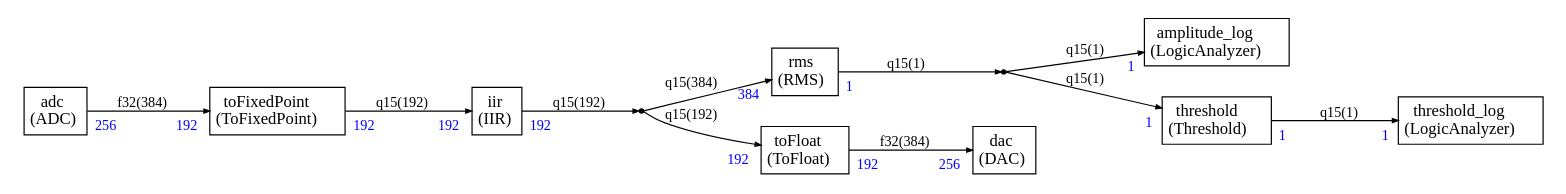
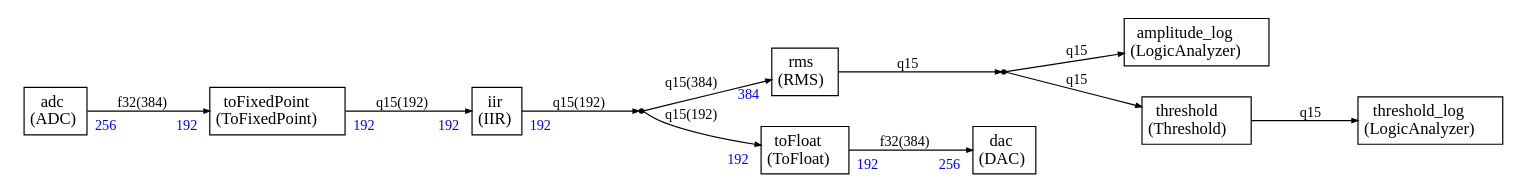
The diagram in ComputeGraph/Pictures/graph_with_higher_latency.dot (Arm-Examples/CMSIS-Stream-PoC), drawn with Graphviz before and after one commit. The commit also changed 9 other files, not shown here.

```diff
--- a/ComputeGraph/Pictures/graph_with_higher_latency.dot
+++ b/ComputeGraph/Pictures/graph_with_higher_latency.dot
@@ -1,142 +1,137 @@
 
 
 
 
 digraph structs {
     bgcolor = "white"
     node [shape=plaintext,color="black",fontcolor="black",fontname="Times-Roman"]
     rankdir=LR
     edge [arrowsize="0.5",color="black",fontcolor="black",fontname="Times-Roman"]
 
 
 adc [label=<
 <TABLE color="black" bgcolor="none" BORDER="0" CELLBORDER="1" CELLSPACING="0" CELLPADDING="4">
   <TR>
     <TD ALIGN="CENTER" PORT="i"><FONT COLOR="black" POINT-SIZE="14.0">adc<BR/>(ADC)</FONT></TD>
   </TR>
 </TABLE>>];
 
 amplitude_log [label=<
 <TABLE color="black" bgcolor="none" BORDER="0" CELLBORDER="1" CELLSPACING="0" CELLPADDING="4">
   <TR>
     <TD ALIGN="CENTER" PORT="i"><FONT COLOR="black" POINT-SIZE="14.0">amplitude_log<BR/>(LogicAnalyzer)</FONT></TD>
   </TR>
 </TABLE>>];
 
 dac [label=<
 <TABLE color="black" bgcolor="none" BORDER="0" CELLBORDER="1" CELLSPACING="0" CELLPADDING="4">
   <TR>
     <TD ALIGN="CENTER" PORT="i"><FONT COLOR="black" POINT-SIZE="14.0">dac<BR/>(DAC)</FONT></TD>
   </TR>
 </TABLE>>];
 
 dup0 [shape=point,label="dup0"]
 
 dup1 [shape=point,label="dup1"]
 
 iir [label=<
 <TABLE color="black" bgcolor="none" BORDER="0" CELLBORDER="1" CELLSPACING="0" CELLPADDING="4">
   <TR>
     <TD ALIGN="CENTER" PORT="i"><FONT COLOR="black" POINT-SIZE="14.0">iir<BR/>(IIR)</FONT></TD>
   </TR>
 </TABLE>>];
 
 rms [label=<
 <TABLE color="black" bgcolor="none" BORDER="0" CELLBORDER="1" CELLSPACING="0" CELLPADDING="4">
   <TR>
     <TD ALIGN="CENTER" PORT="i"><FONT COLOR="black" POINT-SIZE="14.0">rms<BR/>(RMS)</FONT></TD>
   </TR>
 </TABLE>>];
 
 threshold [label=<
 <TABLE color="black" bgcolor="none" BORDER="0" CELLBORDER="1" CELLSPACING="0" CELLPADDING="4">
   <TR>
     <TD ALIGN="CENTER" PORT="i"><FONT COLOR="black" POINT-SIZE="14.0">threshold<BR/>(Threshold)</FONT></TD>
   </TR>
 </TABLE>>];
 
 threshold_log [label=<
 <TABLE color="black" bgcolor="none" BORDER="0" CELLBORDER="1" CELLSPACING="0" CELLPADDING="4">
   <TR>
     <TD ALIGN="CENTER" PORT="i"><FONT COLOR="black" POINT-SIZE="14.0">threshold_log<BR/>(LogicAnalyzer)</FONT></TD>
   </TR>
 </TABLE>>];
 
 toFixedPoint [label=<
 <TABLE color="black" bgcolor="none" BORDER="0" CELLBORDER="1" CELLSPACING="0" CELLPADDING="4">
   <TR>
     <TD ALIGN="CENTER" PORT="i"><FONT COLOR="black" POINT-SIZE="14.0">toFixedPoint<BR/>(ToFixedPoint)</FONT></TD>
   </TR>
 </TABLE>>];
 
 toFloat [label=<
 <TABLE color="black" bgcolor="none" BORDER="0" CELLBORDER="1" CELLSPACING="0" CELLPADDING="4">
   <TR>
     <TD ALIGN="CENTER" PORT="i"><FONT COLOR="black" POINT-SIZE="14.0">toFloat<BR/>(ToFloat)</FONT></TD>
   </TR>
 </TABLE>>];
 
 
 
 adc:i -> toFixedPoint:i [style="solid",color="black",fontsize="12.0",fontcolor="black",label=<f32(384)>
 ,headlabel=<<TABLE BORDER="0" CELLPADDING="4"><TR><TD><FONT COLOR="blue" POINT-SIZE="12.0" >192</FONT>
 </TD></TR></TABLE>>
 ,taillabel=<<TABLE BORDER="0" CELLPADDING="4"><TR><TD><FONT COLOR="blue" POINT-SIZE="12.0" >256</FONT>
 </TD></TR></TABLE>>]
 
 toFixedPoint:i -> iir:i [style="solid",color="black",fontsize="12.0",fontcolor="black",label=<q15(192)>
 ,headlabel=<<TABLE BORDER="0" CELLPADDING="4"><TR><TD><FONT COLOR="blue" POINT-SIZE="12.0" >192</FONT>
 </TD></TR></TABLE>>
 ,taillabel=<<TABLE BORDER="0" CELLPADDING="4"><TR><TD><FONT COLOR="blue" POINT-SIZE="12.0" >192</FONT>
 </TD></TR></TABLE>>]
 
 toFloat:i -> dac:i [style="solid",color="black",fontsize="12.0",fontcolor="black",label=<f32(384)>
 ,headlabel=<<TABLE BORDER="0" CELLPADDING="4"><TR><TD><FONT COLOR="blue" POINT-SIZE="12.0" >256</FONT>
 </TD></TR></TABLE>>
 ,taillabel=<<TABLE BORDER="0" CELLPADDING="4"><TR><TD><FONT COLOR="blue" POINT-SIZE="12.0" >192</FONT>
 </TD></TR></TABLE>>]
 
-threshold:i -> threshold_log:i [style="solid",color="black",fontsize="12.0",fontcolor="black",label=<q15(1)>
-,headlabel=<<TABLE BORDER="0" CELLPADDING="4"><TR><TD><FONT COLOR="blue" POINT-SIZE="12.0" >1</FONT>
-</TD></TR></TABLE>>
-,taillabel=<<TABLE BORDER="0" CELLPADDING="4"><TR><TD><FONT COLOR="blue" POINT-SIZE="12.0" >1</FONT>
-</TD></TR></TABLE>>]
+threshold:i -> threshold_log:i [style="solid",color="black",fontsize="12.0",fontcolor="black",label=<q15>
+
+]
 
 iir:i ->  
 dup0 [style="solid",color="black",fontsize="12.0",fontcolor="black",label=<q15(192)>
 
 ,taillabel=<<TABLE BORDER="0" CELLPADDING="4"><TR><TD><FONT COLOR="blue" POINT-SIZE="12.0" >192</FONT>
 </TD></TR></TABLE>>]
 
  
 dup0 -> toFloat:i [style="solid",color="black",fontsize="12.0",fontcolor="black",label=<q15(192)>
 ,headlabel=<<TABLE BORDER="0" CELLPADDING="4"><TR><TD><FONT COLOR="blue" POINT-SIZE="12.0" >192</FONT>
 </TD></TR></TABLE>>
 ]
 
  
 dup0 -> rms:i [style="solid",color="black",fontsize="12.0",fontcolor="black",label=<q15(384)>
 ,headlabel=<<TABLE BORDER="0" CELLPADDING="4"><TR><TD><FONT COLOR="blue" POINT-SIZE="12.0" >384</FONT>
 </TD></TR></TABLE>>
 ]
 
 rms:i ->  
-dup1 [style="solid",color="black",fontsize="12.0",fontcolor="black",label=<q15(1)>
+dup1 [style="solid",color="black",fontsize="12.0",fontcolor="black",label=<q15>
 
-,taillabel=<<TABLE BORDER="0" CELLPADDING="4"><TR><TD><FONT COLOR="blue" POINT-SIZE="12.0" >1</FONT>
-</TD></TR></TABLE>>]
-
- 
-dup1 -> threshold:i [style="solid",color="black",fontsize="12.0",fontcolor="black",label=<q15(1)>
-,headlabel=<<TABLE BORDER="0" CELLPADDING="4"><TR><TD><FONT COLOR="blue" POINT-SIZE="12.0" >1</FONT>
-</TD></TR></TABLE>>
 ]
 
  
-dup1 -> amplitude_log:i [style="solid",color="black",fontsize="12.0",fontcolor="black",label=<q15(1)>
-,headlabel=<<TABLE BORDER="0" CELLPADDING="4"><TR><TD><FONT COLOR="blue" POINT-SIZE="12.0" >1</FONT>
-</TD></TR></TABLE>>
+dup1 -> threshold:i [style="solid",color="black",fontsize="12.0",fontcolor="black",label=<q15>
+
+]
+
+ 
+dup1 -> amplitude_log:i [style="solid",color="black",fontsize="12.0",fontcolor="black",label=<q15>
+
 ]
 
 
 }
```
